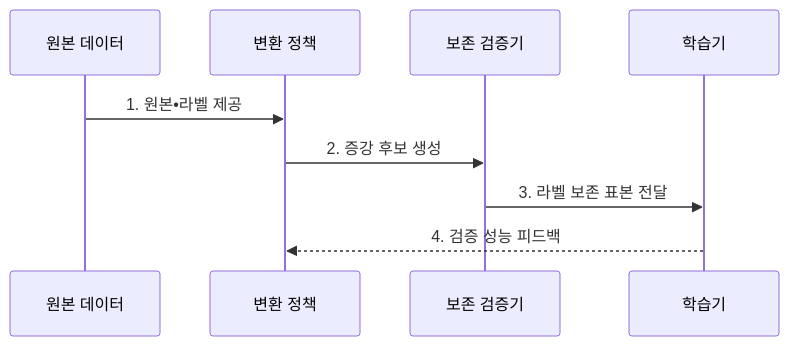
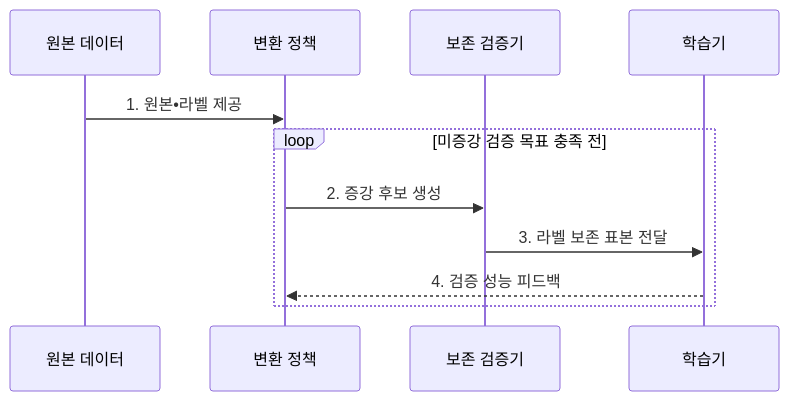
The second of 2 diagrams in src/content/docs/notes/08-latest-tech/069_data_augmentation.md (agnusdei1207/knowledge-base), drawn with Mermaid before and after one commit. The commit also changed other lines of this file and 17 other files, not shown here.

````diff
--- a/src/content/docs/notes/08-latest-tech/069_data_augmentation.md
+++ b/src/content/docs/notes/08-latest-tech/069_data_augmentation.md
@@ -104,11 +104,13 @@
 ```mermaid
 sequenceDiagram
     participant O as 원본 데이터
     participant P as 변환 정책
     participant V as 보존 검증기
     participant T as 학습기
     O->>P: 1. 원본•라벨 제공
-    P->>V: 2. 증강 후보 생성
-    V->>T: 3. 라벨 보존 표본 전달
-    T-->>P: 4. 검증 성능 피드백
+    loop 미증강 검증 목표 충족 전
+        P->>V: 2. 증강 후보 생성
+        V->>T: 3. 라벨 보존 표본 전달
+        T-->>P: 4. 검증 성능 피드백
+    end
 ```
````
